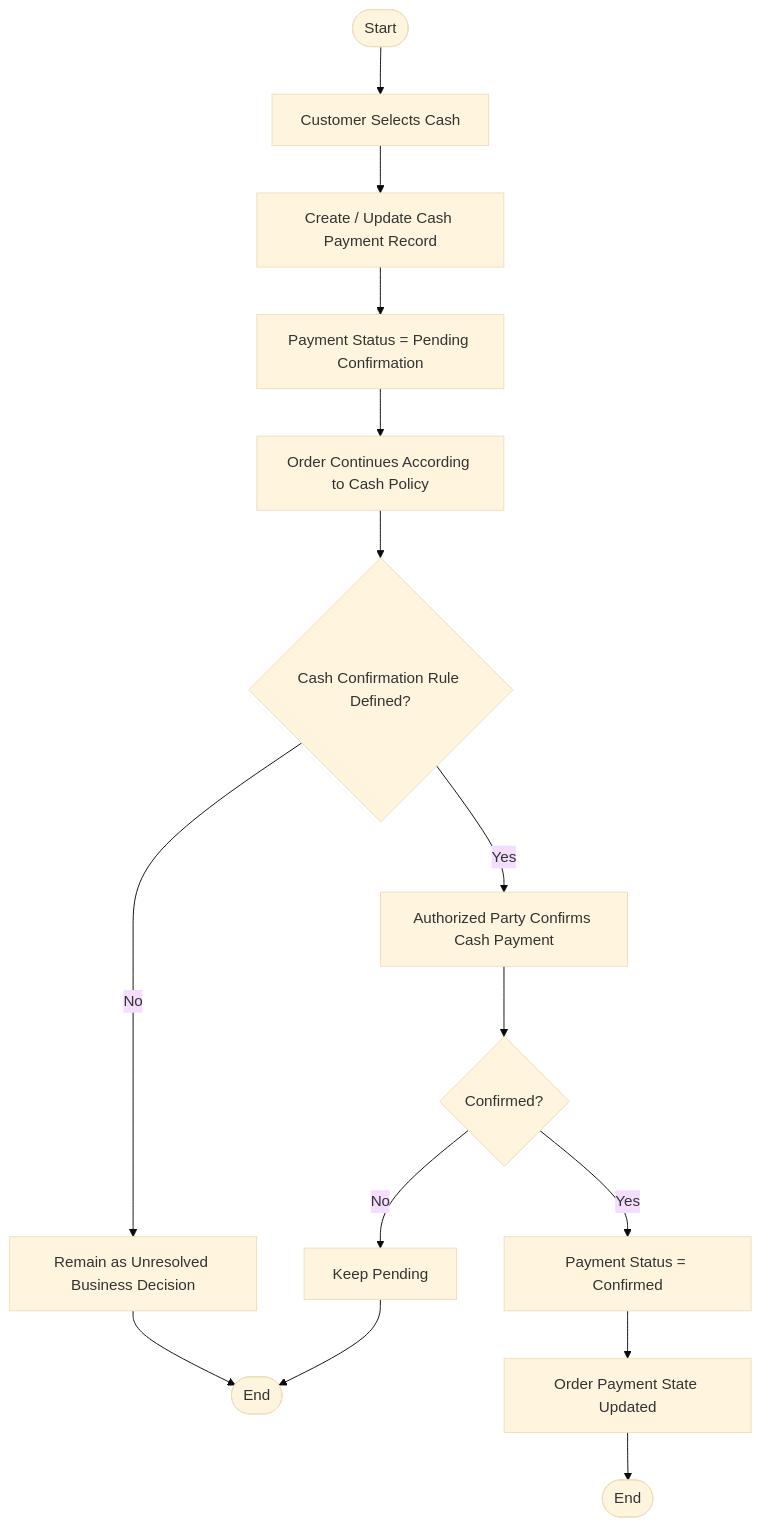
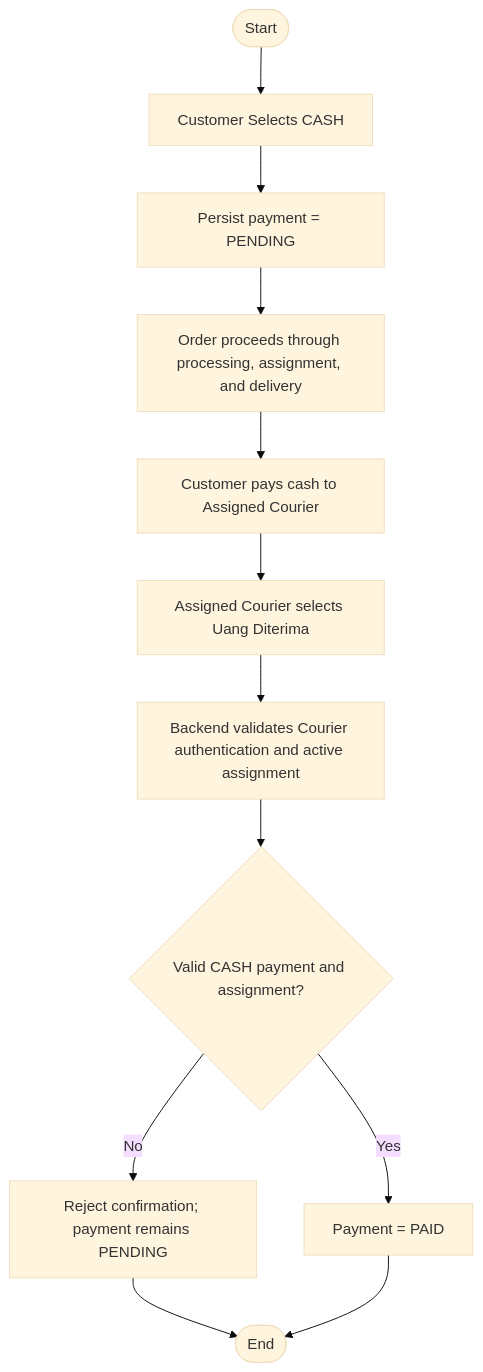
Before and after one commit to RadinataP/kyusui: the seventh of 23 diagrams in docs/04_KYUSUI_SYSTEM_WORKFLOW_REBUILT.md, drawn with Mermaid (base theme). The commit also changed other lines of this file and 3 other files, not shown here.

````diff
--- a/docs/04_KYUSUI_SYSTEM_WORKFLOW_REBUILT.md
+++ b/docs/04_KYUSUI_SYSTEM_WORKFLOW_REBUILT.md
@@ -640,19 +615,14 @@
 ``` mermaid
 flowchart TD
-    A([Start]) --> B[Customer Selects Cash]
-    B --> C[Create / Update Cash Payment Record]
-    C --> D[Payment Status = Pending Confirmation]
-    D --> E[Order Continues According to Cash Policy]
-
-    E --> F{Cash Confirmation Rule Defined?}
-    F -- No --> G[Remain as Unresolved Business Decision]
-    G --> H([End])
-
-    F -- Yes --> I[Authorized Party Confirms Cash Payment]
-    I --> J{Confirmed?}
-    J -- No --> K[Keep Pending]
-    J -- Yes --> L[Payment Status = Confirmed]
-    K --> H
-    L --> M[Order Payment State Updated]
-    M --> N([End])
+    A([Start]) --> B[Customer Selects CASH]
+    B --> C[Persist payment = PENDING]
+    C --> D[Order proceeds through processing, assignment, and delivery]
+    D --> E[Customer pays cash to Assigned Courier]
+    E --> F[Assigned Courier selects Uang Diterima]
+    F --> G[Backend validates Courier authentication and active assignment]
+    G --> H{Valid CASH payment and assignment?}
+    H -- No --> I[Reject confirmation; payment remains PENDING]
+    H -- Yes --> J[Payment = PAID]
+    I --> K([End])
+    J --> K
 ```
````
